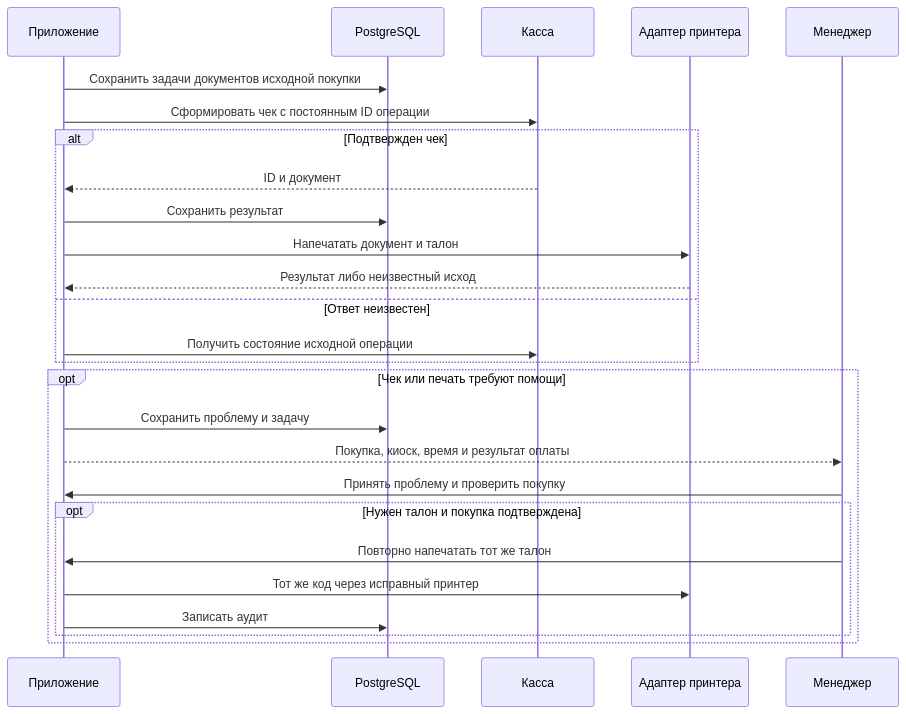
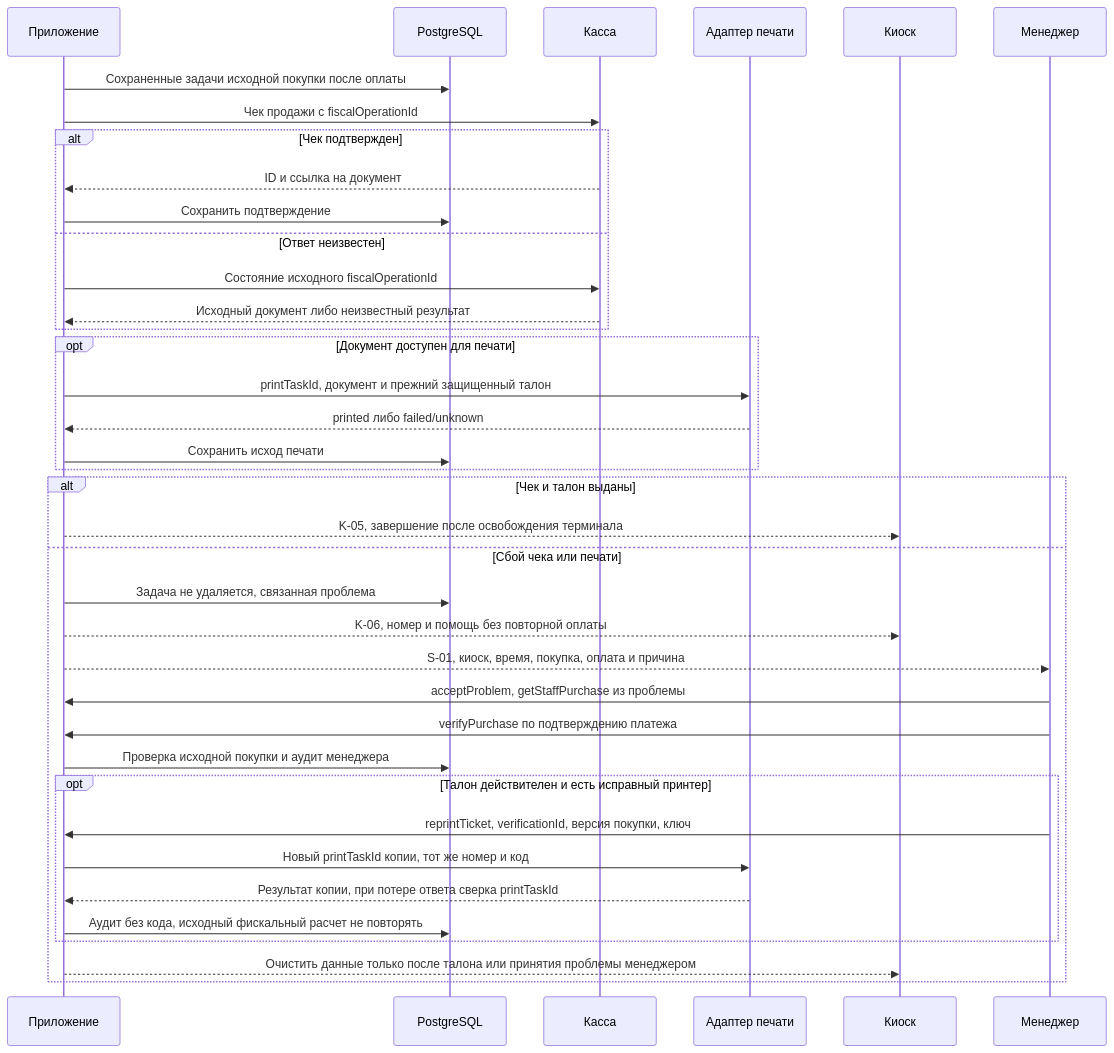
One commit to n-leo-leo/restaurant-order-board changed the second of 6 diagrams in docs/project/published/04_architecture/integration-flows.md. Above: the diagram before and after it, drawn with Mermaid. The commit also changed other lines of this file and 39 other files, not shown here.

````diff
--- a/docs/project/published/04_architecture/integration-flows.md
+++ b/docs/project/published/04_architecture/integration-flows.md
@@ -60,28 +79,40 @@
 ```mermaid
 sequenceDiagram
 participant App as Приложение
 participant DB as PostgreSQL
 participant Cash as Касса
-participant Agent as Адаптер принтера
+participant Printer as Адаптер печати
+participant Kiosk as Киоск
 participant Manager as Менеджер
-App->>DB: Сохранить задачи документов исходной покупки
-App->>Cash: Сформировать чек с постоянным ID операции
-alt Подтвержден чек
-Cash-->>App: ID и документ
-App->>DB: Сохранить результат
-App->>Agent: Напечатать документ и талон
-Agent-->>App: Результат либо неизвестный исход
+App->>DB: Сохраненные задачи исходной покупки после оплаты
+App->>Cash: Чек продажи с fiscalOperationId
+alt Чек подтвержден
+Cash-->>App: ID и ссылка на документ
+App->>DB: Сохранить подтверждение
 else Ответ неизвестен
-App->>Cash: Получить состояние исходной операции
+App->>Cash: Состояние исходного fiscalOperationId
+Cash-->>App: Исходный документ либо неизвестный результат
 end
-opt Чек или печать требуют помощи
-App->>DB: Сохранить проблему и задачу
-App-->>Manager: Покупка, киоск, время и результат оплаты
-Manager->>App: Принять проблему и проверить покупку
-opt Нужен талон и покупка подтверждена
-Manager->>App: Повторно напечатать тот же талон
-App->>Agent: Тот же код через исправный принтер
-App->>DB: Записать аудит
+opt Документ доступен для печати
+App->>Printer: printTaskId, документ и прежний защищенный талон
+Printer-->>App: printed либо failed/unknown
+App->>DB: Сохранить исход печати
 end
+alt Чек и талон выданы
+App-->>Kiosk: K-05, завершение после освобождения терминала
+else Сбой чека или печати
+App->>DB: Задача не удаляется, связанная проблема
+App-->>Kiosk: K-06, номер и помощь без повторной оплаты
+App-->>Manager: S-01, киоск, время, покупка, оплата и причина
+Manager->>App: acceptProblem, getStaffPurchase из проблемы
+Manager->>App: verifyPurchase по подтверждению платежа
+App->>DB: Проверка исходной покупки и аудит менеджера
+opt Талон действителен и есть исправный принтер
+Manager->>App: reprintTicket, verificationId, версия покупки, ключ
+App->>Printer: Новый printTaskId копии, тот же номер и код
+Printer-->>App: Результат копии, при потере ответа сверка printTaskId
+App->>DB: Аудит без кода, исходный фискальный расчет не повторять
+end
+App-->>Kiosk: Очистить данные только после талона или принятия проблемы менеджером
 end
 ```
````
